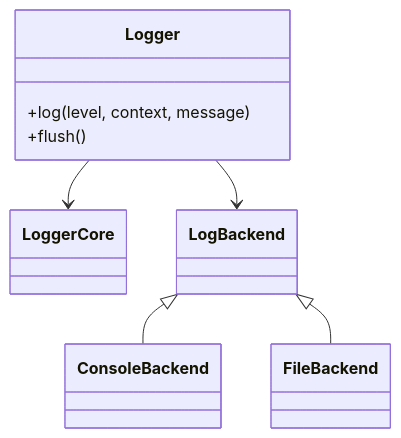
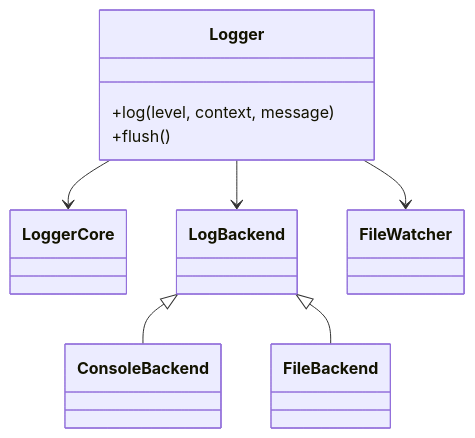
One commit to MikeDanton/MyLogger changed the first of 2 diagrams in readme.md. Above: the diagram before and after it, drawn with Mermaid. The commit also changed other lines of this file and 6 other files, not shown here.

````diff
--- a/readme.md
+++ b/readme.md
@@ -80,16 +79,18 @@
 ```mermaid
 classDiagram
     class Logger {
         +log(level, context, message)
         +flush()
     }
     class LoggerCore
     class LogBackend
     class ConsoleBackend
     class FileBackend
+    class FileWatcher
 
     Logger --> LoggerCore
     Logger --> LogBackend
     LogBackend <|-- ConsoleBackend
     LogBackend <|-- FileBackend
+    Logger --> FileWatcher
 ```
````
